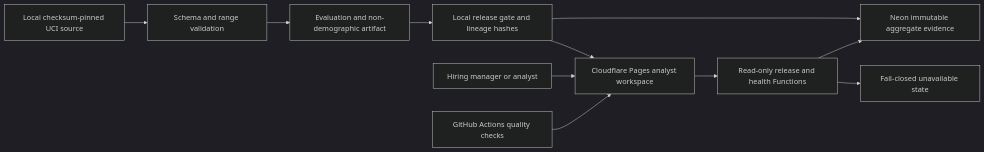
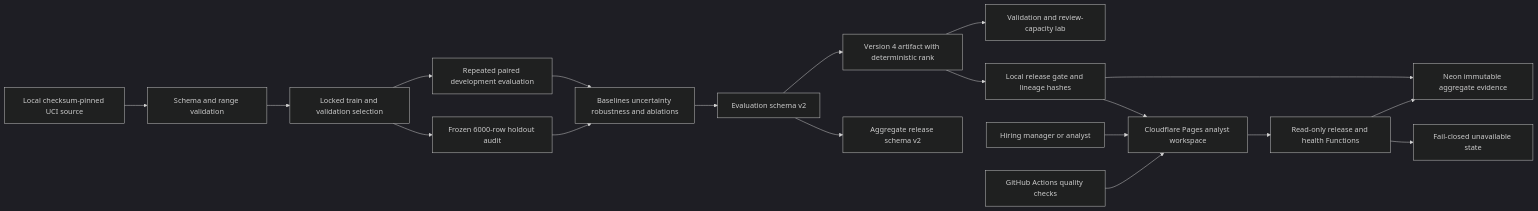
Before and after one commit to vaibhavkhuranaaa/consumer-credit-default-risk-monitoring: the diagram in architecture/system.mmd, drawn with Mermaid (dark theme). The commit also changed 29 other files, not shown here.

Commit message:
feat: strengthen model validation evidence

```diff
--- a/architecture/system.mmd
+++ b/architecture/system.mmd
@@ -1,11 +1,19 @@
 flowchart LR
   A[Local checksum-pinned UCI source] --> B[Schema and range validation]
-  B --> C[Evaluation and non-demographic artifact]
-  C --> D[Local release gate and lineage hashes]
-  D --> E[Neon immutable aggregate evidence]
-  D --> F[Cloudflare Pages analyst workspace]
+  B --> C[Locked train and validation selection]
+  C --> D[Frozen 6000-row holdout audit]
+  C --> K[Repeated paired development evaluation]
+  K --> L[Baselines uncertainty robustness and ablations]
+  D --> L
+  L --> M[Evaluation schema v2]
+  M --> N[Version 4 artifact with deterministic rank]
+  N --> O[Validation and review-capacity lab]
+  M --> P[Aggregate release schema v2]
+  N --> Q[Local release gate and lineage hashes]
+  Q --> E[Neon immutable aggregate evidence]
+  Q --> F[Cloudflare Pages analyst workspace]
   G[Hiring manager or analyst] --> F
   F --> H[Read-only release and health Functions]
   H --> E
   H --> I[Fail-closed unavailable state]
   J[GitHub Actions quality checks] --> F
```
